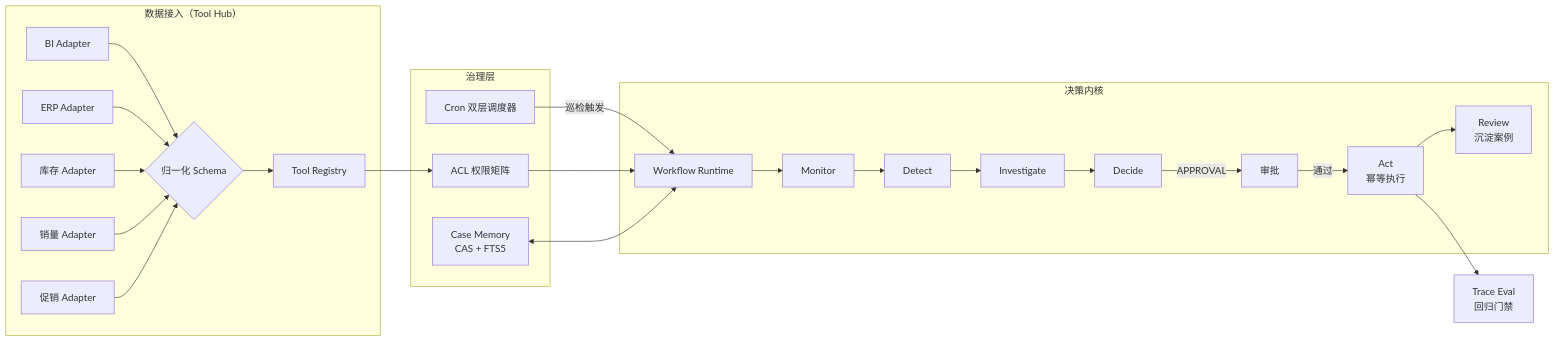
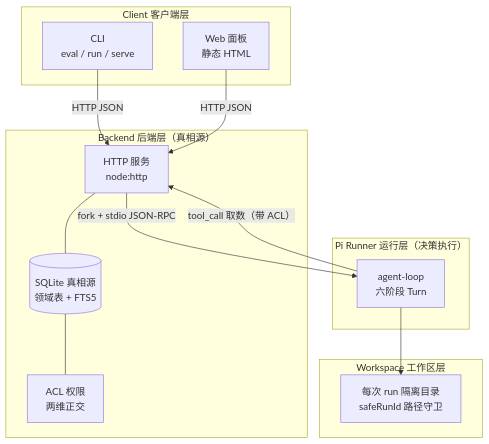
One commit to zz1008666-blip/retail-replenishment-agent changed the diagram in README.md. Above: the diagram before and after it, drawn with Mermaid. The commit also changed other lines of this file and 19 other files, not shown here.

Commit message:
feat: 重构为 Client/Backend/Runner/Workspace 四层架构

````diff
--- a/README.md
+++ b/README.md
@@ -25,31 +26,30 @@
 ```mermaid
-flowchart LR
-  subgraph 数据接入["数据接入（Tool Hub）"]
-    BI[BI Adapter] --> S{归一化 Schema}
-    ERP[ERP Adapter] --> S
-    WMS[库存 Adapter] --> S
-    SALES[销量 Adapter] --> S
-    PROMO[促销 Adapter] --> S
-    S --> REG[Tool Registry]
+flowchart TB
+  subgraph L1["Client 客户端层"]
+    CLI[CLI<br/>eval / run / serve]
+    WEB[Web 面板<br/>静态 HTML]
   end
 
-  subgraph 治理["治理层"]
-    ACL[ACL 权限矩阵]
-    CRO[Cron 双层调度器]
-    MEM[Case Memory<br/>CAS + FTS5]
+  subgraph L2["Backend 后端层（真相源）"]
+    HTTP[HTTP 服务<br/>node:http]
+    DB[(SQLite 真相源<br/>领域表 + FTS5)]
+    ACL2[ACL 权限<br/>两维正交]
   end
 
-  REG --> ACL
-  CRO -->|巡检触发| WF[Workflow Runtime]
-  ACL --> WF
-  MEM <--> WF
-
-  subgraph 决策["决策内核"]
-    WF --> M[Monitor] --> D[Detect] --> I[Investigate] --> DC[Decide]
-    DC -->|APPROVAL| AP[审批]
-    AP -->|通过| ACT[Act<br/>幂等执行]
-    ACT --> RV[Review<br/>沉淀案例]
+  subgraph L3["Pi Runner 运行层（决策执行）"]
+    LOOP[agent-loop<br/>六阶段 Turn]
   end
 
-  ACT --> EV[Trace Eval<br/>回归门禁]
+  subgraph L4["Workspace 工作区层"]
+    WS[每次 run 隔离目录<br/>safeRunId 路径守卫]
+  end
+
+  CLI -->|HTTP JSON| HTTP
+  WEB -->|HTTP JSON| HTTP
+  HTTP -->|fork + stdio JSON-RPC| LOOP
+  LOOP --> WS
+  LOOP -->|tool_call 取数（带 ACL）| HTTP
+
+  DB --- ACL2
+  HTTP --- DB
 ```
````
